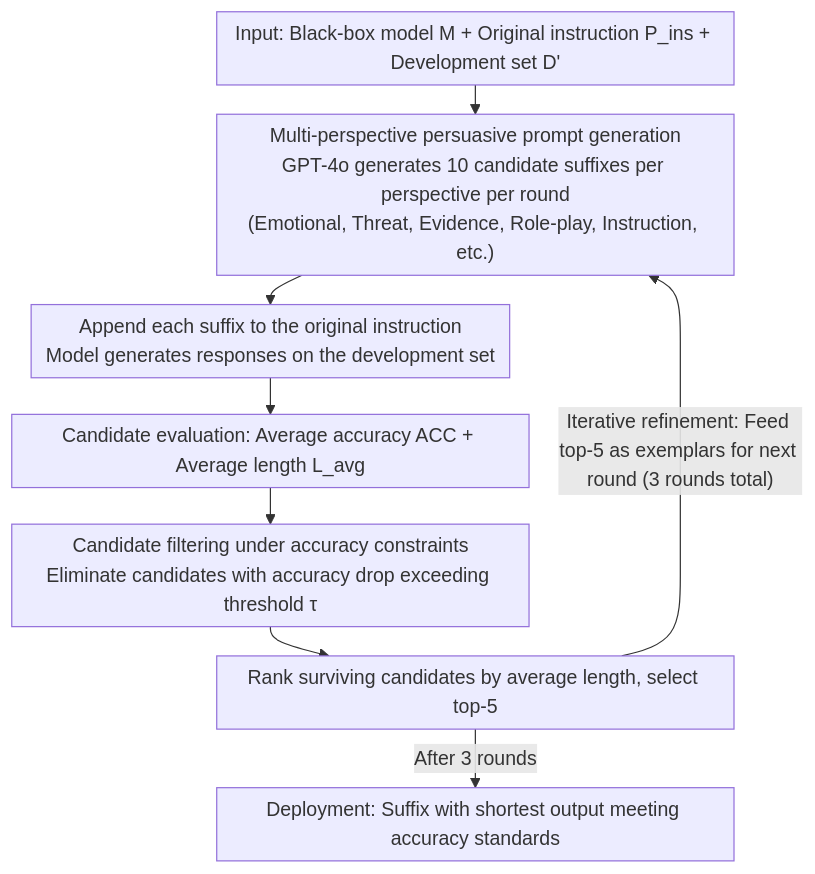
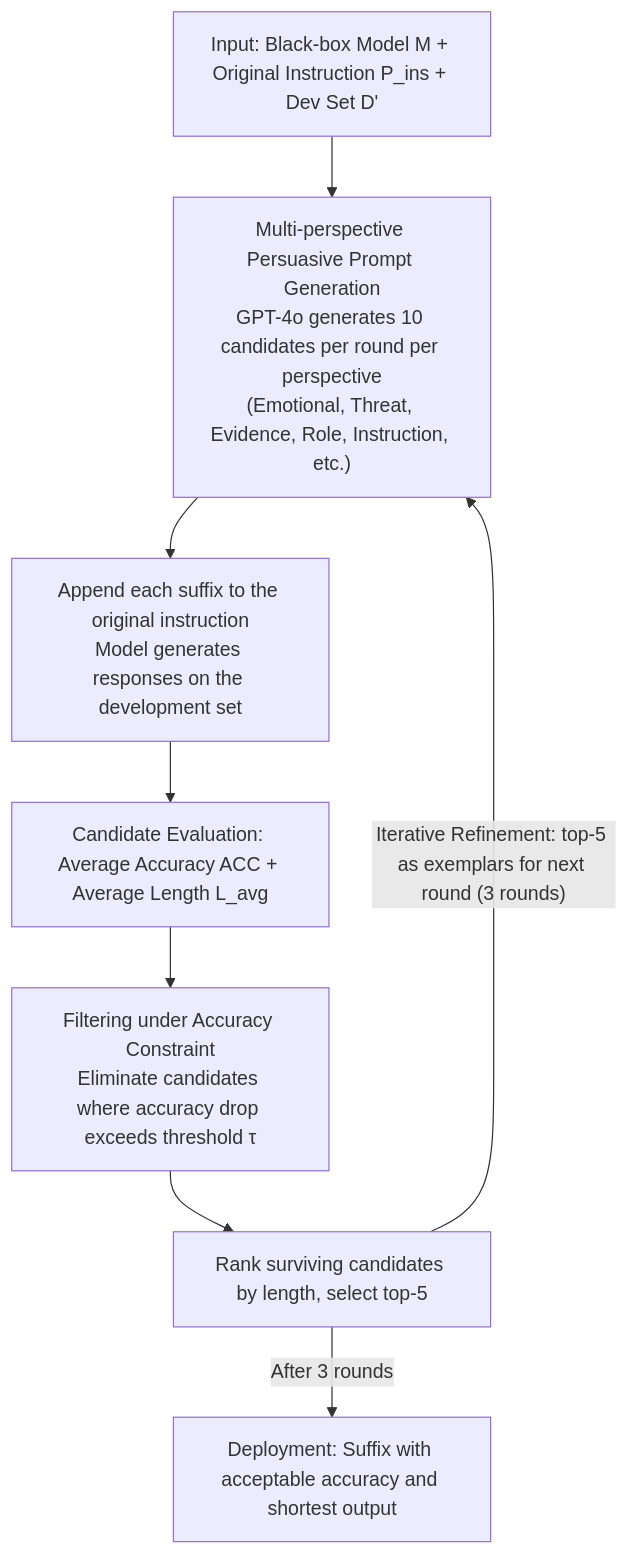
One commit to zhaoyang97/Paper-Notes-en changed the diagram in docs/ACL2026/llm_reasoning/merlin39s_whisper_enabling_efficient_reasoning_in_large_language_models_via_blac.md. Above: the diagram before and after it, drawn with Mermaid. The commit also changed other lines of this file and 5084 other files, not shown here.

````diff
--- a/docs/ACL2026/llm_reasoning/merlin39s_whisper_enabling_efficient_reasoning_in_large_language_models_via_blac.md
+++ b/docs/ACL2026/llm_reasoning/merlin39s_whisper_enabling_efficient_reasoning_in_large_language_models_via_blac.md
@@ -44,11 +44,10 @@
 ```mermaid
-%%{init: {'flowchart': {'rankSpacing': 24, 'nodeSpacing': 28, 'padding': 6, 'wrappingWidth': 400}}}%%
-flowchart TD
-    A["Input: Black-box model M + Original instruction P_ins + Development set D'"] --> B["Multi-perspective persuasive prompt generation<br/>GPT-4o generates 10 candidate suffixes per perspective per round<br/>(Emotional, Threat, Evidence, Role-play, Instruction, etc.)"]
+graph TD
+    A["Input: Black-box Model M + Original Instruction P_ins + Dev Set D'"] --> B["Multi-perspective Persuasive Prompt Generation<br/>GPT-4o generates 10 candidates per round per perspective<br/>(Emotional, Threat, Evidence, Role, Instruction, etc.)"]
     B --> C["Append each suffix to the original instruction<br/>Model generates responses on the development set"]
-    C --> D["Candidate evaluation: Average accuracy ACC + Average length L_avg"]
-    D --> E["Candidate filtering under accuracy constraints<br/>Eliminate candidates with accuracy drop exceeding threshold τ"]
-    E --> F["Rank surviving candidates by average length, select top-5"]
-    F -->|"Iterative refinement: Feed top-5 as exemplars for next round (3 rounds total)"| B
-    F -->|"After 3 rounds"| G["Deployment: Suffix with shortest output meeting accuracy standards"]
+    C --> D["Candidate Evaluation: Average Accuracy ACC + Average Length L_avg"]
+    D --> E["Filtering under Accuracy Constraint<br/>Eliminate candidates where accuracy drop exceeds threshold τ"]
+    E --> F["Rank surviving candidates by length, select top-5"]
+    F -->|"Iterative Refinement: top-5 as exemplars for next round (3 rounds)"| B
+    F -->|"After 3 rounds"| G["Deployment: Suffix with acceptable accuracy and shortest output"]
 ```
````
